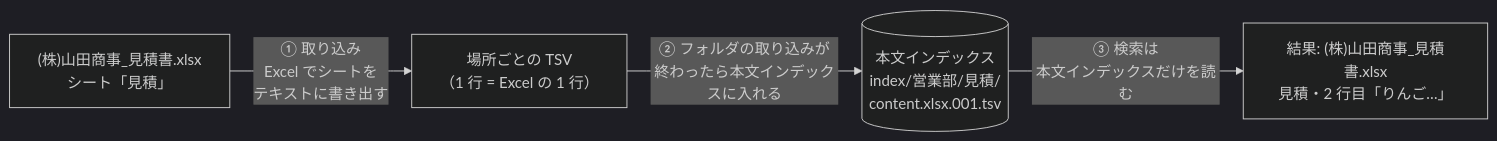
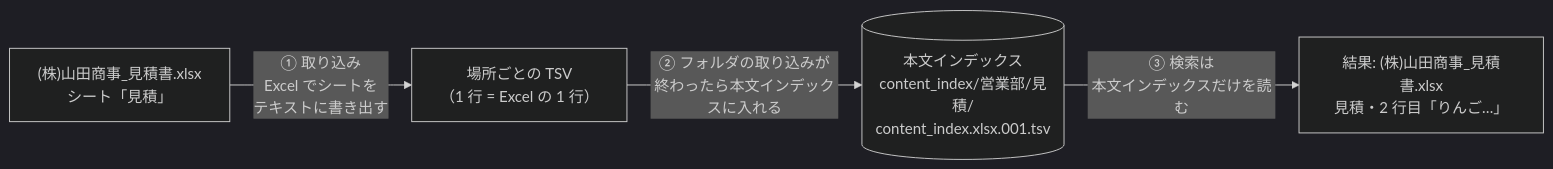
Before and after one commit to hsgwa/tebunko: the diagram in docs/design/indexer/index.md, drawn with Mermaid (dark theme). The commit also changed other lines of this file and 29 other files, not shown here.

First line of the commit message:
docs: 設計書・手引き・README・SECURITY のフォルダ名・ファイル名を content_index・system_index にそろえる

````diff
--- a/docs/design/indexer/index.md
+++ b/docs/design/indexer/index.md
@@ -11,6 +11,6 @@
 ```mermaid
 flowchart LR
     X["(株)山田商事_見積書.xlsx<br>シート「見積」"] -- "① 取り込み<br>Excel でシートを<br>テキストに書き出す" --> T["場所ごとの TSV<br>（1 行 = Excel の 1 行）"]
-    T -- "② フォルダの取り込みが<br>終わったら本文インデックスに入れる" --> P[("本文インデックス<br>index/営業部/見積/<br>content.xlsx.001.tsv")]
+    T -- "② フォルダの取り込みが<br>終わったら本文インデックスに入れる" --> P[("本文インデックス<br>content_index/営業部/見積/<br>content_index.xlsx.001.tsv")]
     P -- "③ 検索は<br>本文インデックスだけを読む" --> R["結果: (株)山田商事_見積書.xlsx<br>見積・2 行目「りんご…」"]
 ```
````
